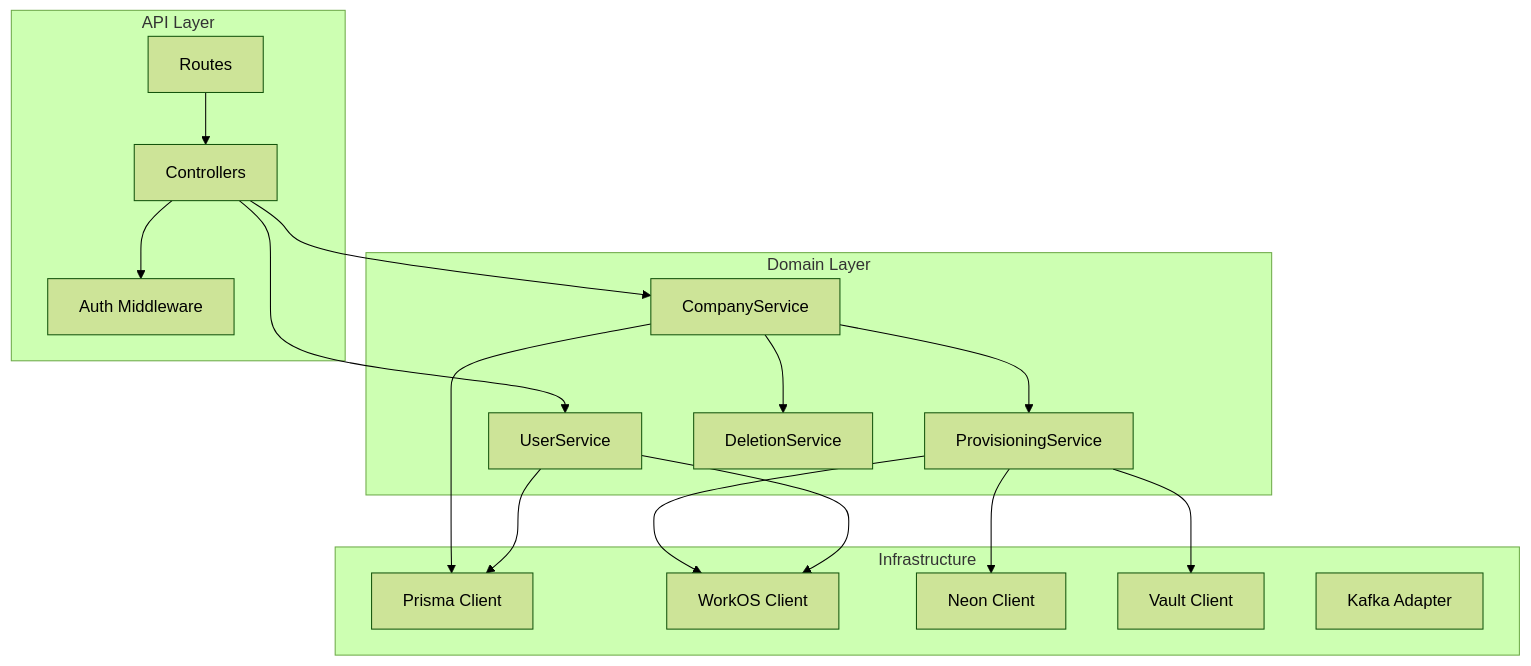
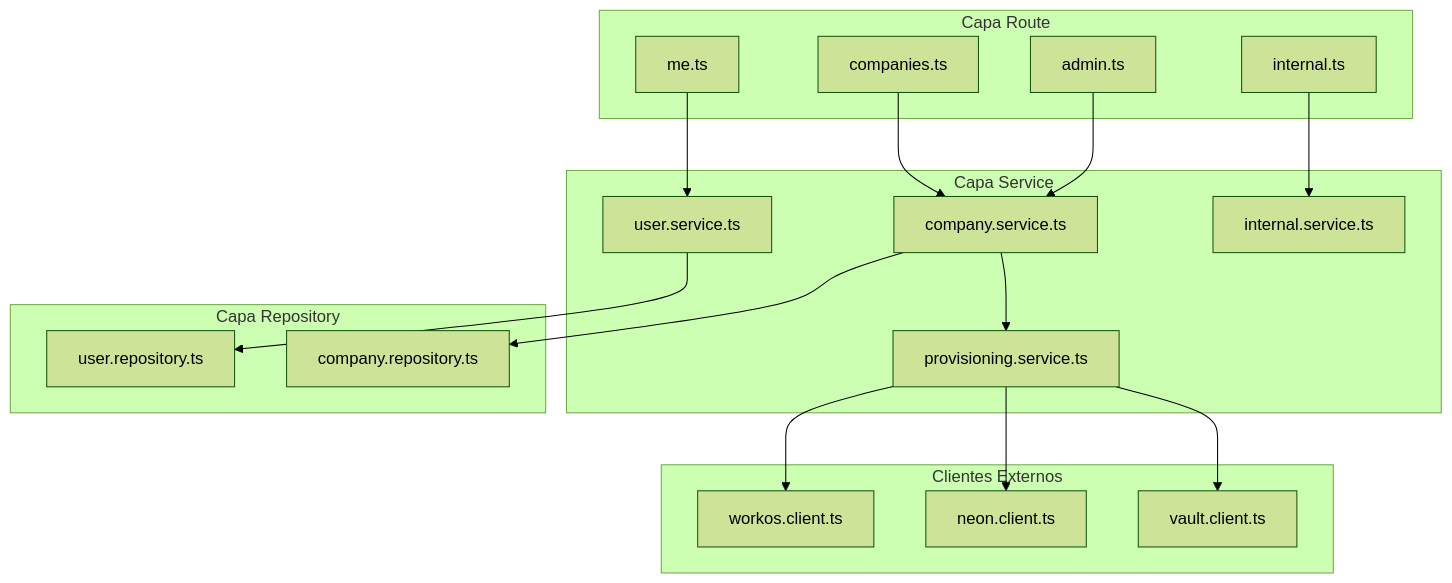
One commit to GetClamo/docs changed the first of 2 diagrams in es/servicios/clamo-tenant.mdx. Above: the diagram before and after it, drawn with Mermaid (forest theme). The commit also changed other lines of this file and 10 other files, not shown here.

````diff
--- a/es/servicios/clamo-tenant.mdx
+++ b/es/servicios/clamo-tenant.mdx
@@ -31,36 +33,40 @@
 ```mermaid
 flowchart TB
-    subgraph API [API Layer]
-        Routes[Routes]
-        Controllers[Controllers]
-        Middleware[Auth Middleware]
+    subgraph Routes [Capa Route]
+        MeRoute[me.ts]
+        CompaniesRoute[companies.ts]
+        AdminRoute[admin.ts]
+        InternalRoute[internal.ts]
     end
     
-    subgraph Domain [Domain Layer]
-        CompanyService[CompanyService]
-        UserService[UserService]
-        ProvisioningService[ProvisioningService]
-        DeletionService[DeletionService]
+    subgraph Services [Capa Service]
+        UserService[user.service.ts]
+        CompanyService[company.service.ts]
+        ProvisioningService[provisioning.service.ts]
+        InternalService[internal.service.ts]
     end
     
-    subgraph Infrastructure [Infrastructure]
-        Prisma[Prisma Client]
-        WorkOS[WorkOS Client]
-        Neon[Neon Client]
-        Vault[Vault Client]
-        Kafka[Kafka Adapter]
+    subgraph Repositories [Capa Repository]
+        UserRepo[user.repository.ts]
+        CompanyRepo[company.repository.ts]
     end
     
-    Routes --> Controllers
-    Controllers --> Middleware
-    Controllers --> CompanyService
-    Controllers --> UserService
+    subgraph Clients [Clientes Externos]
+        WorkOS[workos.client.ts]
+        Neon[neon.client.ts]
+        Vault[vault.client.ts]
+    end
+    
+    MeRoute --> UserService
+    CompaniesRoute --> CompanyService
+    AdminRoute --> CompanyService
+    InternalRoute --> InternalService
+    
     CompanyService --> ProvisioningService
-    CompanyService --> DeletionService
     ProvisioningService --> Neon
     ProvisioningService --> Vault
     ProvisioningService --> WorkOS
-    CompanyService --> Prisma
-    UserService --> Prisma
-    UserService --> WorkOS
+    
+    UserService --> UserRepo
+    CompanyService --> CompanyRepo
 ```
````
